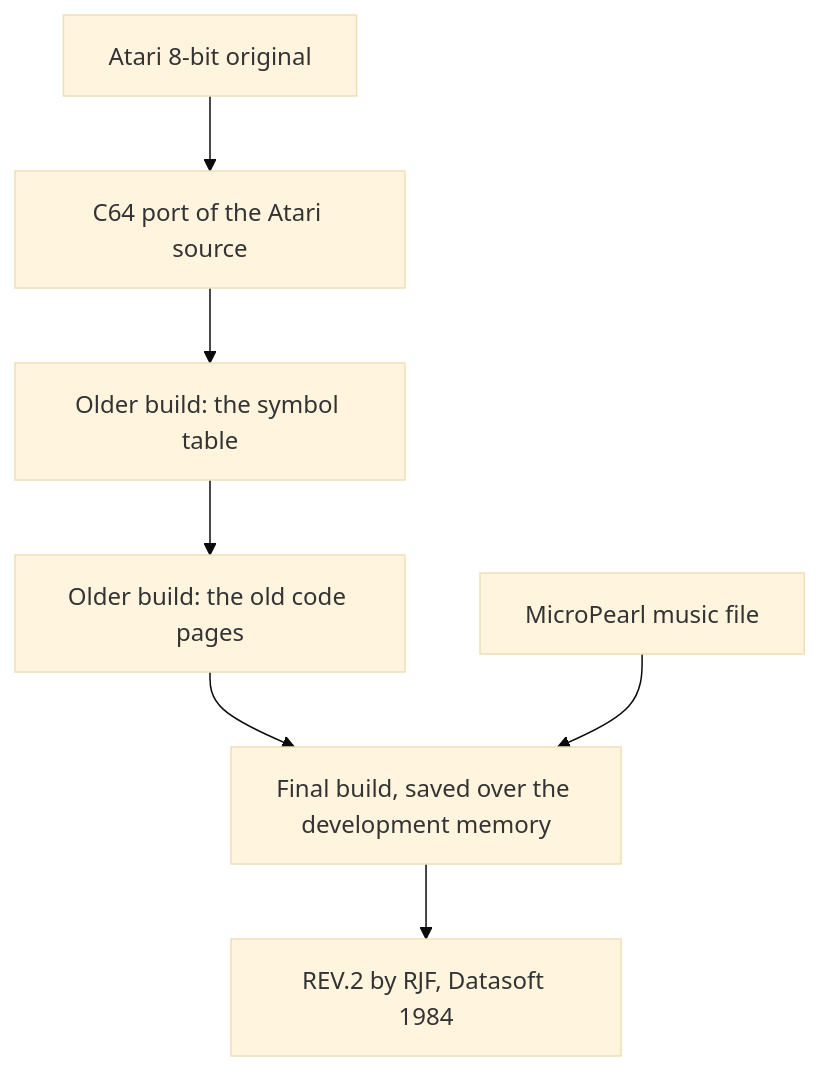
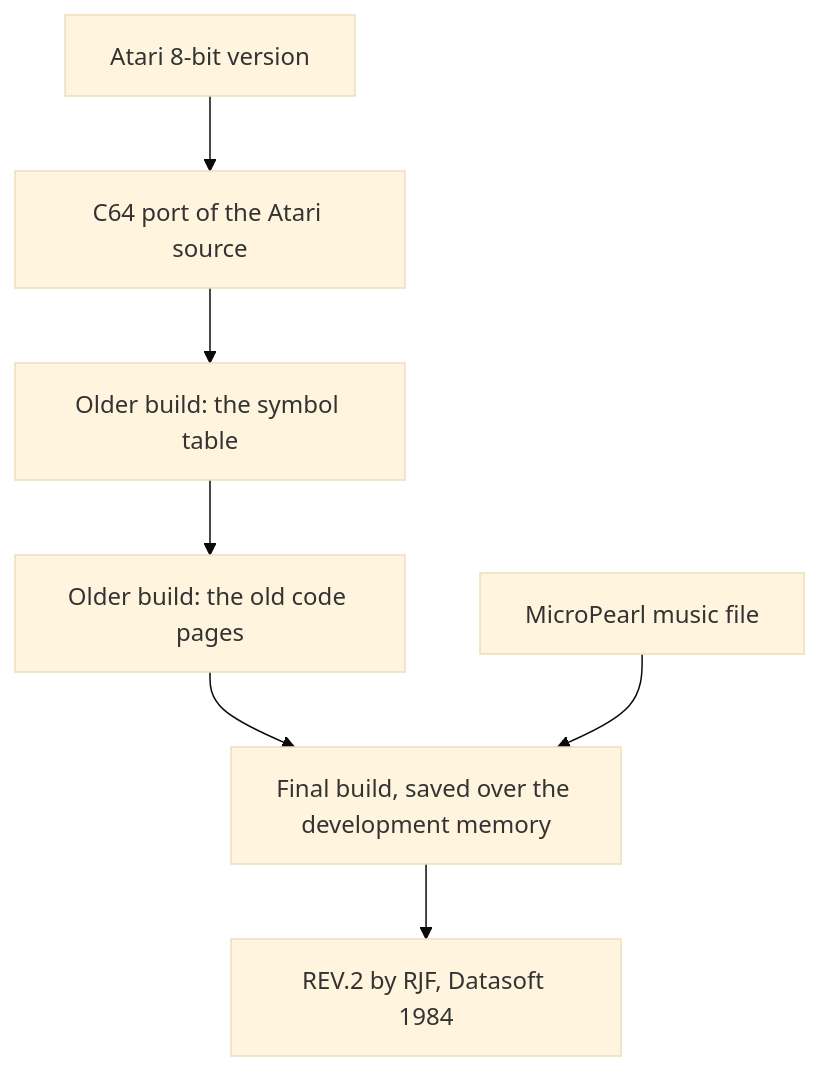
The diagram in bruce_lee/docs/development.md (henols/c64_games), drawn with Mermaid (base theme) before and after one commit. The commit also changed other lines of this file and 192 other files, not shown here.

````diff
--- a/bruce_lee/docs/development.md
+++ b/bruce_lee/docs/development.md
@@ -282,9 +282,9 @@
 ```mermaid
 flowchart TD
-  A["Atari 8-bit original"] --> B["C64 port of the Atari source"]
+  A["Atari 8-bit version"] --> B["C64 port of the Atari source"]
   B --> C["Older build: the symbol table"]
   C --> D["Older build: the old code pages"]
   D --> E["Final build, saved over the development memory"]
   M["MicroPearl music file"] --> E
   E --> F["REV.2 by RJF, Datasoft 1984"]
 ```
````
